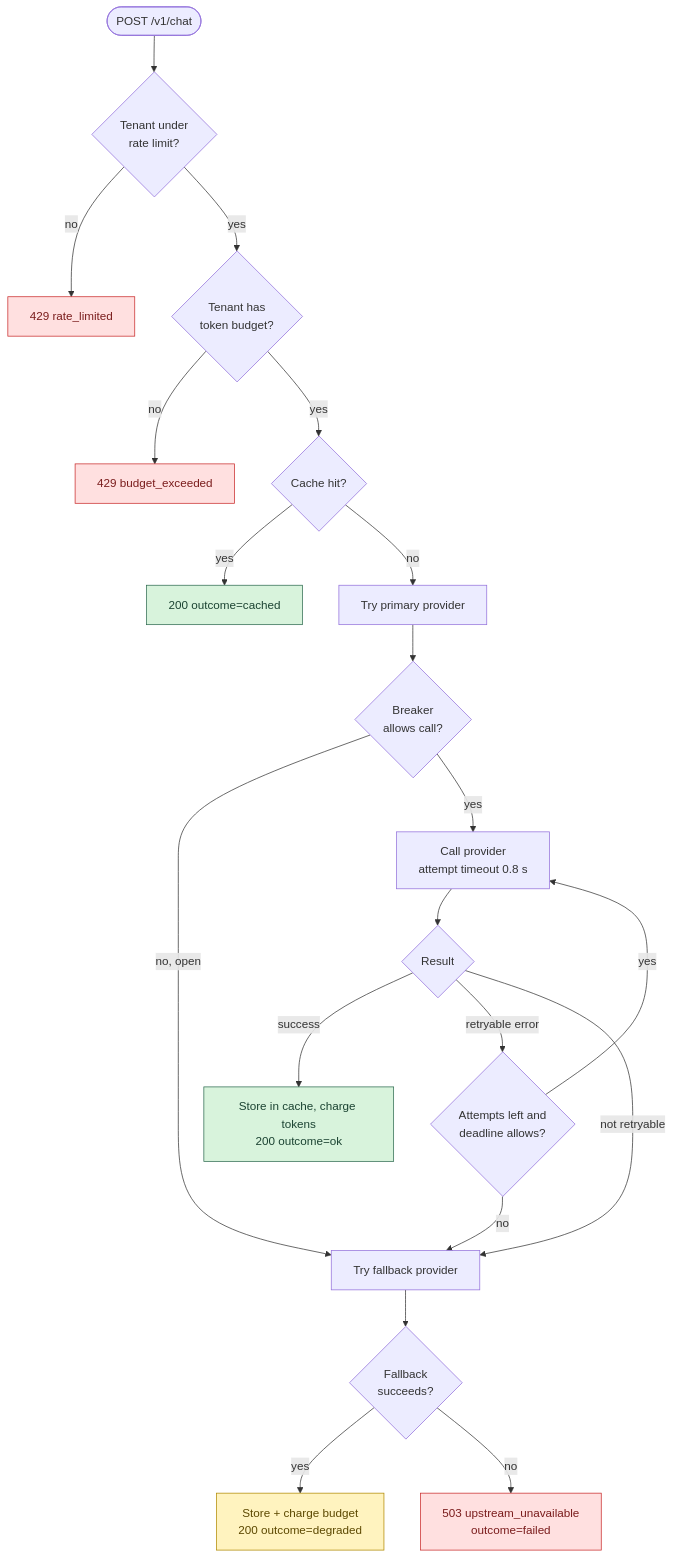
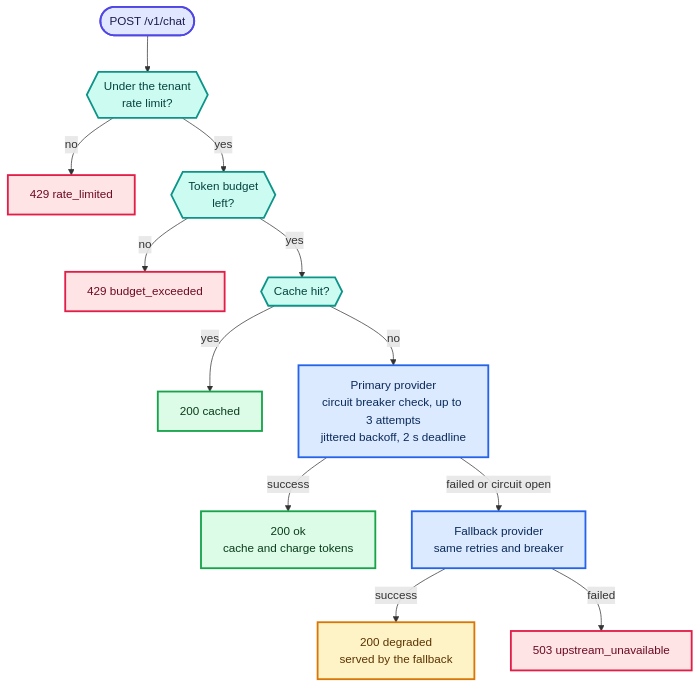
Before and after one commit to Joxejaime/Projects-2026: the second of 5 diagrams in projects/ai-reliability-platform/docs/schematics/README.md, drawn with Mermaid. The commit also changed other lines of this file and 62 other files, not shown here.

First line of the commit message:
Colour the schematics and add LinkedIn cards and carousels

````diff
--- a/projects/ai-reliability-platform/docs/schematics/README.md
+++ b/projects/ai-reliability-platform/docs/schematics/README.md
@@ -52,35 +65,32 @@
 ```mermaid
 %% title: Request decision flow
-%% caption: The order of checks in gateway/router.py. Each terminal state is a label on gateway_requests_total, which the SLO is computed from. Defaults: 2.0 s request deadline, 0.8 s per attempt, 3 attempts per provider, full-jitter backoff (base 0.05 s, cap 0.4 s).
-flowchart TD
-    start(["POST /v1/chat"]) --> rl{"Tenant under<br/>rate limit?"}
+%% headline: Every request takes one of six paths, and each one is measured
+%% takeaway: Limits first, then cache, then the primary provider, then the fallback.
+%% legend: entry=Request,guard=Check,app=Provider call,ok=Success,data=Fallback success,alert=Rejected
+%% caption: The order of checks in gateway/router.py. Each terminal state is a label on gateway_requests_total, which the SLO is computed from. Defaults: 2.0 s request deadline, 0.8 s per attempt, 3 attempts per provider, full-jitter backoff (base 0.05 s, cap 0.4 s). A provider is skipped when its circuit is open or its error is not retryable.
+flowchart TB
+    start(["POST /v1/chat"]) --> rl{{"Under the tenant<br/>rate limit?"}}
     rl -- no --> r429a["429 rate_limited"]
-    rl -- yes --> bud{"Tenant has<br/>token budget?"}
+    rl -- yes --> bud{{"Token budget<br/>left?"}}
     bud -- no --> r429b["429 budget_exceeded"]
-    bud -- yes --> cache{"Cache hit?"}
-    cache -- yes --> okc["200 outcome=cached"]
-    cache -- no --> p["Try primary provider"]
+    bud -- yes --> cache{{"Cache hit?"}}
+    cache -- yes --> okc["200 cached"]
+    cache -- no --> p["Primary provider<br/>circuit breaker check, up to 3 attempts<br/>jittered backoff, 2 s deadline"]
+    p -- success --> store["200 ok<br/>cache and charge tokens"]
+    p -- "failed or circuit open" --> f["Fallback provider<br/>same retries and breaker"]
+    f -- success --> degraded["200 degraded<br/>served by the fallback"]
+    f -- failed --> r503["503 upstream_unavailable"]
 
-    p --> pb{"Breaker<br/>allows call?"}
-    pb -- "no, open" --> f["Try fallback provider"]
-    pb -- yes --> pcall["Call provider<br/>attempt timeout 0.8 s"]
-    pcall --> pres{"Result"}
-    pres -- success --> store
-    pres -- "retryable error" --> retry{"Attempts left and<br/>deadline allows?"}
-    retry -- yes --> pcall
-    retry -- no --> f
-    pres -- "not retryable" --> f
-
-    f --> fres{"Fallback<br/>succeeds?"}
-    fres -- yes --> degraded["Store + charge budget<br/>200 outcome=degraded"]
-    fres -- no --> r503["503 upstream_unavailable<br/>outcome=failed"]
-
-    store["Store in cache, charge tokens<br/>200 outcome=ok"]
-
-    classDef good fill:#d8f3dc,stroke:#2d6a4f,color:#1b4332
-    classDef warn fill:#fff3bf,stroke:#b08900,color:#5c4800
-    classDef bad fill:#ffe0e0,stroke:#c92a2a,color:#7a1c1c
-    class okc,store good
-    class degraded warn
-    class r429a,r429b,r503 bad
+    classDef entry fill:#E0E7FF,stroke:#4F46E5,stroke-width:2.5px,color:#1E1B4B
+    classDef app fill:#DBEAFE,stroke:#2563EB,stroke-width:2.5px,color:#0B2A5B
+    classDef guard fill:#CCFBF1,stroke:#0D9488,stroke-width:2.5px,color:#04443F
+    classDef data fill:#FEF3C7,stroke:#D97706,stroke-width:2.5px,color:#5B3300
+    classDef alert fill:#FFE4E6,stroke:#E11D48,stroke-width:2.5px,color:#6B0A20
+    classDef ok fill:#DCFCE7,stroke:#16A34A,stroke-width:2.5px,color:#0B3D1E
+    class start entry
+    class rl,bud,cache guard
+    class p,f app
+    class r429a,r429b,r503 alert
+    class okc,store ok
+    class degraded data
 ```
````
